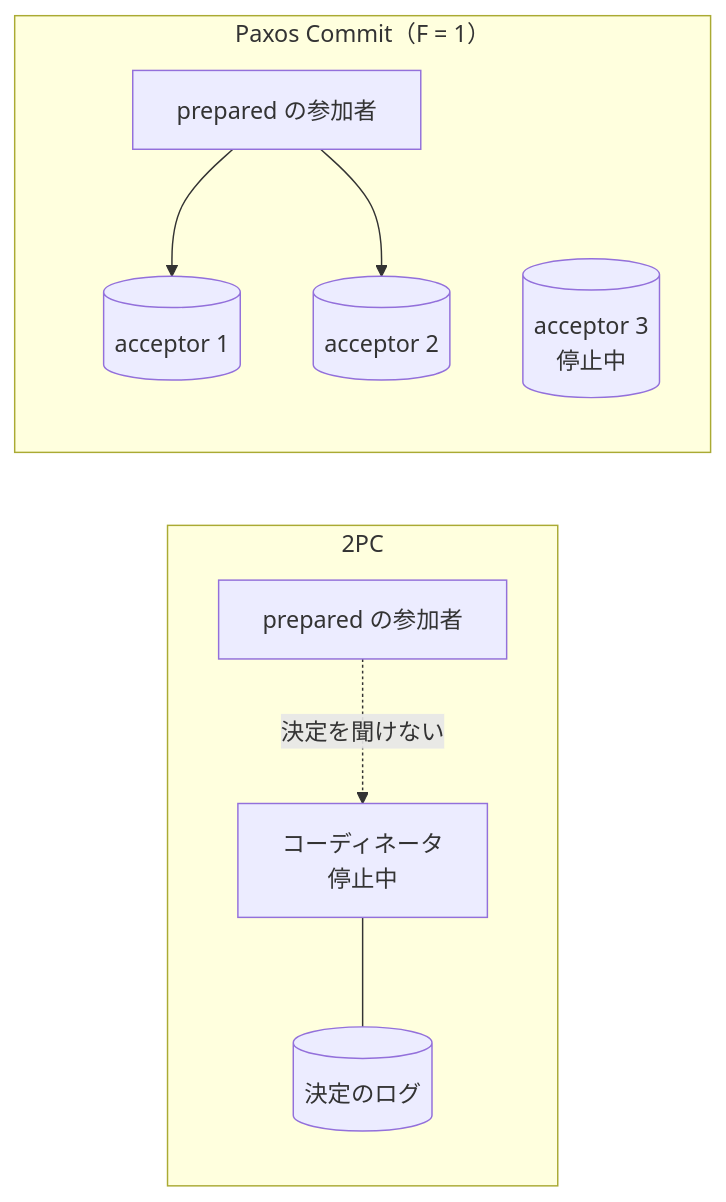
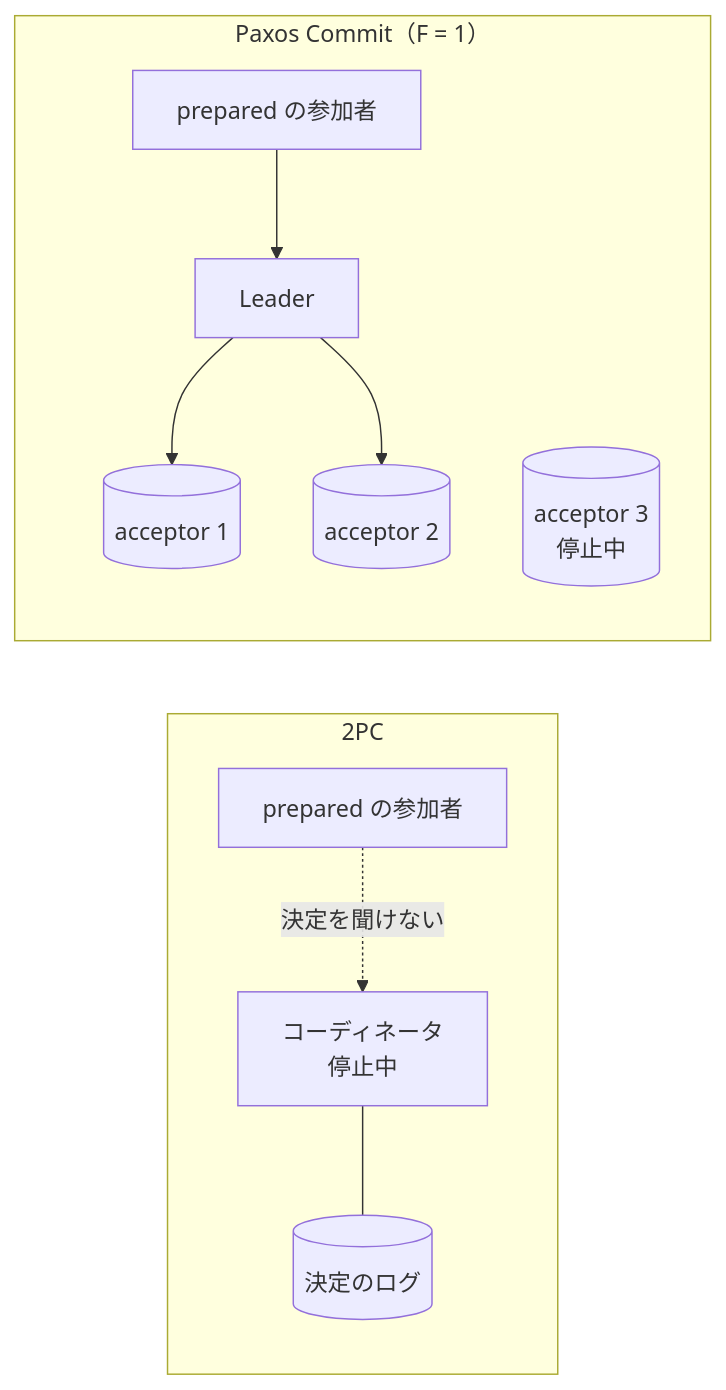
One commit to nao1215/debimate changed the sixth of 6 diagrams in content/notes/distributed-systems/two-phase-commit/index.md. Above: the diagram before and after it, drawn with Mermaid. The commit also changed other lines of this file and 23 other files, not shown here.

````diff
--- a/content/notes/distributed-systems/two-phase-commit/index.md
+++ b/content/notes/distributed-systems/two-phase-commit/index.md
@@ -159,12 +151,13 @@
 ```mermaid
 flowchart LR
     subgraph T["2PC"]
         TP["prepared の参加者"] -. 決定を聞けない .-> TC["コーディネータ<br/>停止中"]
         TC --- TL[("決定のログ")]
     end
     subgraph P["Paxos Commit（F = 1）"]
-        PP["prepared の参加者"] --> PA1[("acceptor 1")]
-        PP --> PA2[("acceptor 2")]
+        PP["prepared の参加者"] --> PL["Leader"]
+        PL --> PA1[("acceptor 1")]
+        PL --> PA2[("acceptor 2")]
         PA3[("acceptor 3<br/>停止中")]
     end
 ```
````
